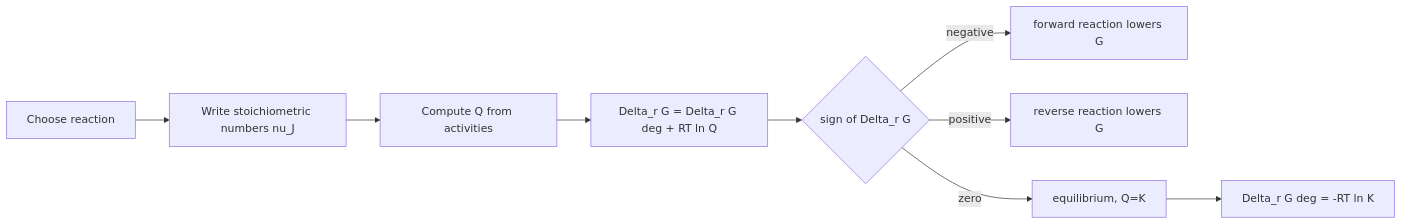
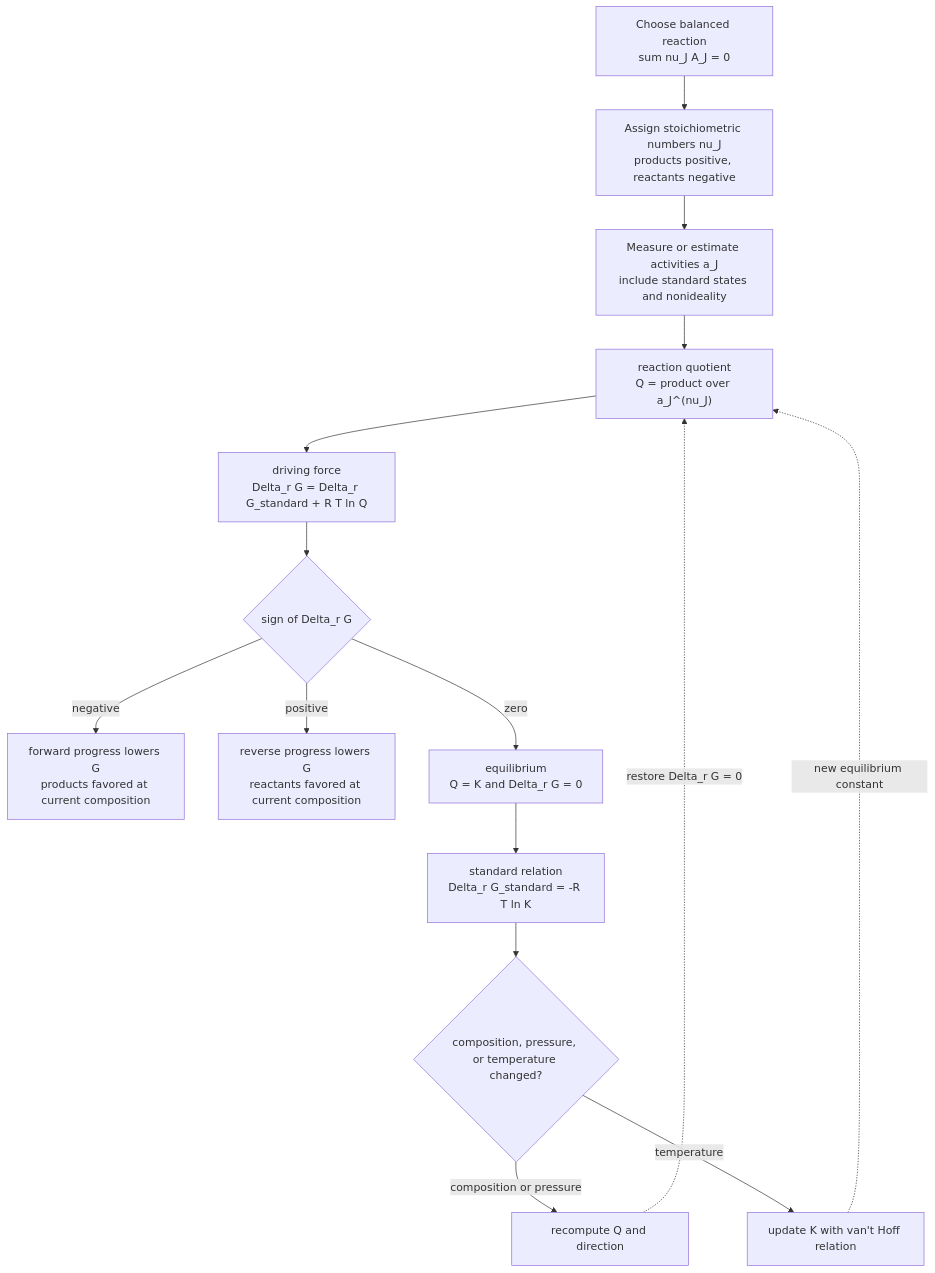
One commit to justinbrianhwang/SJ-wiki changed the diagram in docs/chemistry/physical-chemistry/chemical-equilibrium.md. Above: the diagram before and after it, drawn with Mermaid. The commit also changed other lines of this file and 1858 other files, not shown here.

Commit message:
Upgrade Mermaid diagrams to real architecture level across DL/CS-systems/CS-applied/QIS/Physics+Math+Chem (~728 mermaid blocks total): detailed sublayers, residuals, dimensions, shape transitions, subgraph grouping

````diff
--- a/docs/chemistry/physical-chemistry/chemical-equilibrium.md
+++ b/docs/chemistry/physical-chemistry/chemical-equilibrium.md
@@ -140,11 +140,17 @@
 ```mermaid
-flowchart LR
-  A[Choose reaction] --> B[Write stoichiometric numbers nu_J]
-  B --> C[Compute Q from activities]
-  C --> D["Delta_r G = Delta_r G deg + RT ln Q"]
-  D --> E{sign of Delta_r G}
-  E -->|negative| F[forward reaction lowers G]
-  E -->|positive| G[reverse reaction lowers G]
-  E -->|zero| H["equilibrium, Q=K"]
-  H --> I["Delta_r G deg = -RT ln K"]
+flowchart TB
+  Reaction["Choose balanced reaction<br/>sum nu_J A_J = 0"] --> Stoich["Assign stoichiometric numbers nu_J<br/>products positive, reactants negative"]
+  Stoich --> Activities["Measure or estimate activities a_J<br/>include standard states and nonideality"]
+  Activities --> Q["reaction quotient<br/>Q = product over a_J^(nu_J)"]
+  Q --> DG["driving force<br/>Delta_r G = Delta_r G_standard + R T ln Q"]
+  DG --> Direction{"sign of Delta_r G"}
+  Direction -- "negative" --> Forward["forward progress lowers G<br/>products favored at current composition"]
+  Direction -- "positive" --> Reverse["reverse progress lowers G<br/>reactants favored at current composition"]
+  Direction -- "zero" --> Eq["equilibrium<br/>Q = K and Delta_r G = 0"]
+  Eq --> K["standard relation<br/>Delta_r G_standard = -R T ln K"]
+  K --> Perturb{"composition, pressure, or temperature changed?"}
+  Perturb -- "composition or pressure" --> RecalcQ["recompute Q and direction"]
+  Perturb -- "temperature" --> VantHoff["update K with van't Hoff relation"]
+  RecalcQ -. "restore Delta_r G = 0" .-> Q
+  VantHoff -. "new equilibrium constant" .-> Q
 ```
````
